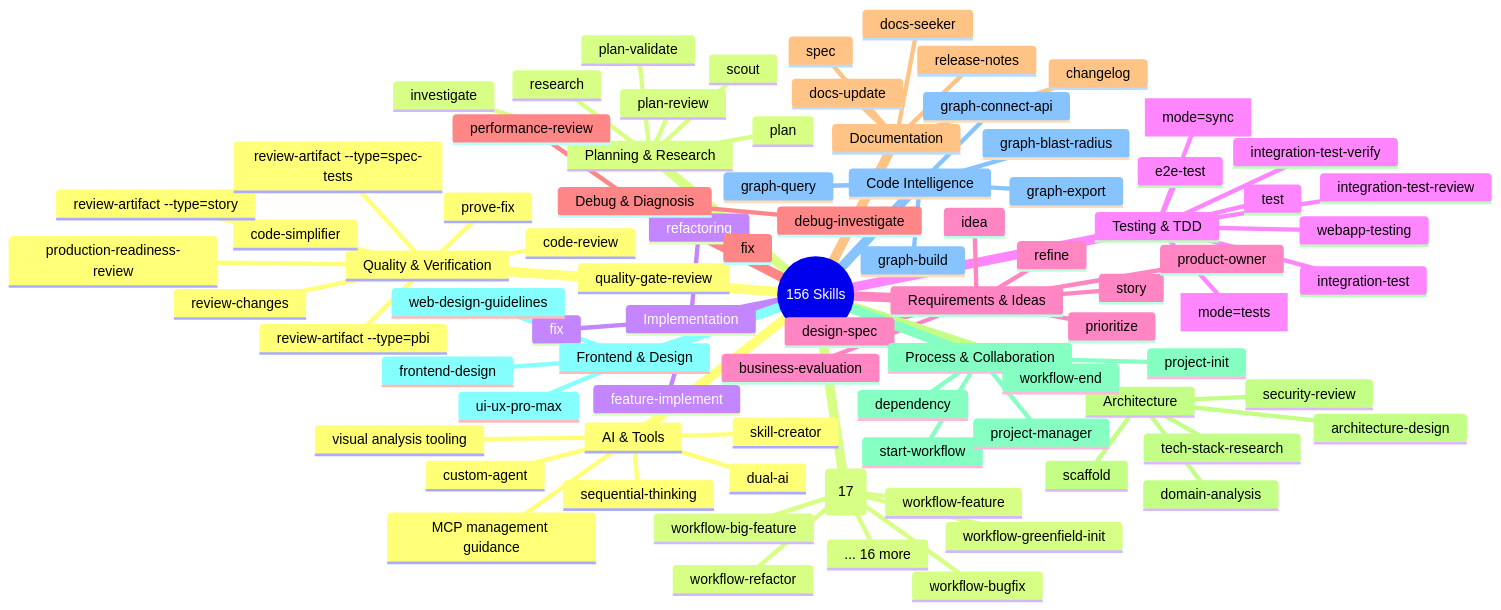
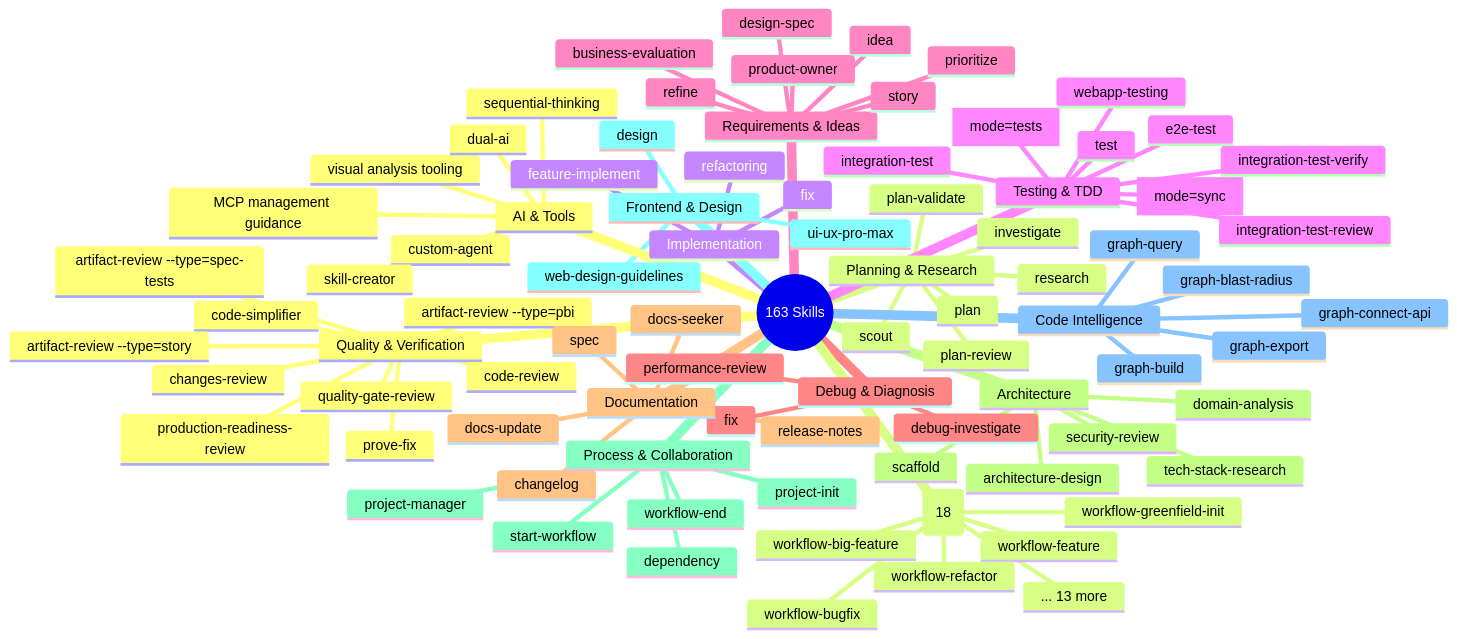
The fifth of 20 diagrams in .claude/docs/claude-ai-agent-framework-guide.md (duc01226/EasyPlatform), drawn with Mermaid before and after one commit. The commit also changed other lines of this file and 713 other files, not shown here.

````diff
--- a/.claude/docs/claude-ai-agent-framework-guide.md
+++ b/.claude/docs/claude-ai-agent-framework-guide.md
@@ -459,16 +460,16 @@
 ```mermaid
 mindmap
-  root((156 Skills))
+  root((163 Skills))
     Quality & Verification
       code-review
       prove-fix
       quality-gate-review
-      review-changes
+      changes-review
       code-simplifier
       production-readiness-review
-      review-artifact --type=pbi
-      review-artifact --type=story
-      review-artifact --type=spec-tests
+      artifact-review --type=pbi
+      artifact-review --type=story
+      artifact-review --type=spec-tests
     Planning & Research
       plan
       plan-review
@@ -520,7 +521,7 @@
       project-manager
       dependency
     Frontend & Design
-      frontend-design
+      design
       ui-ux-pro-max
       web-design-guidelines
     Code Intelligence
@@ -536,11 +537,11 @@
       MCP management guidance
       skill-creator
       dual-ai
-    Workflow Triggers (17)
+    Workflow Triggers (18)
       workflow-feature
       workflow-big-feature
       workflow-bugfix
       workflow-greenfield-init
       workflow-refactor
-      ... 16 more
+      ... 13 more
 ```
````
